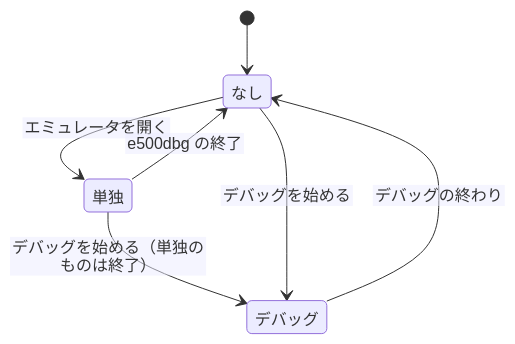
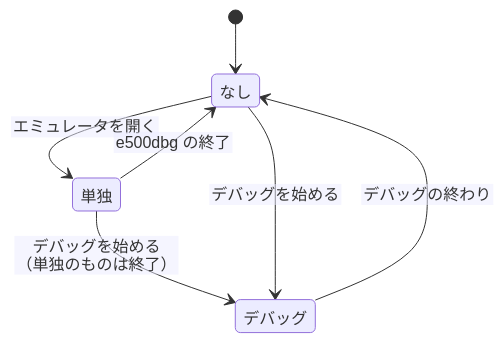
Before and after one commit to litchi-gh/pc-e500_tools: the fifth of 5 diagrams in docs/design/05_VSCODE_EXTENSION.md, drawn with Mermaid. The commit also changed 14 other files, not shown here.

First line of the commit message:
Docs: wrap state diagram and timeline labels by hand

````diff
--- a/docs/design/05_VSCODE_EXTENSION.md
+++ b/docs/design/05_VSCODE_EXTENSION.md
@@ -297,10 +297,10 @@
 ```mermaid
 %%{init: {"htmlLabels": false, "flowchart": {"htmlLabels": false, "wrappingWidth": 1000}}}%%
 stateDiagram-v2
   [*] --> なし
   なし --> 単独: エミュレータを開く
-  単独 --> デバッグ: デバッグを始める（単独のものは終了）
+  単独 --> デバッグ: デバッグを始める<br>（単独のものは終了）
   なし --> デバッグ: デバッグを始める
   デバッグ --> なし: デバッグの終わり
   単独 --> なし: e500dbg の終了
 ```
````
